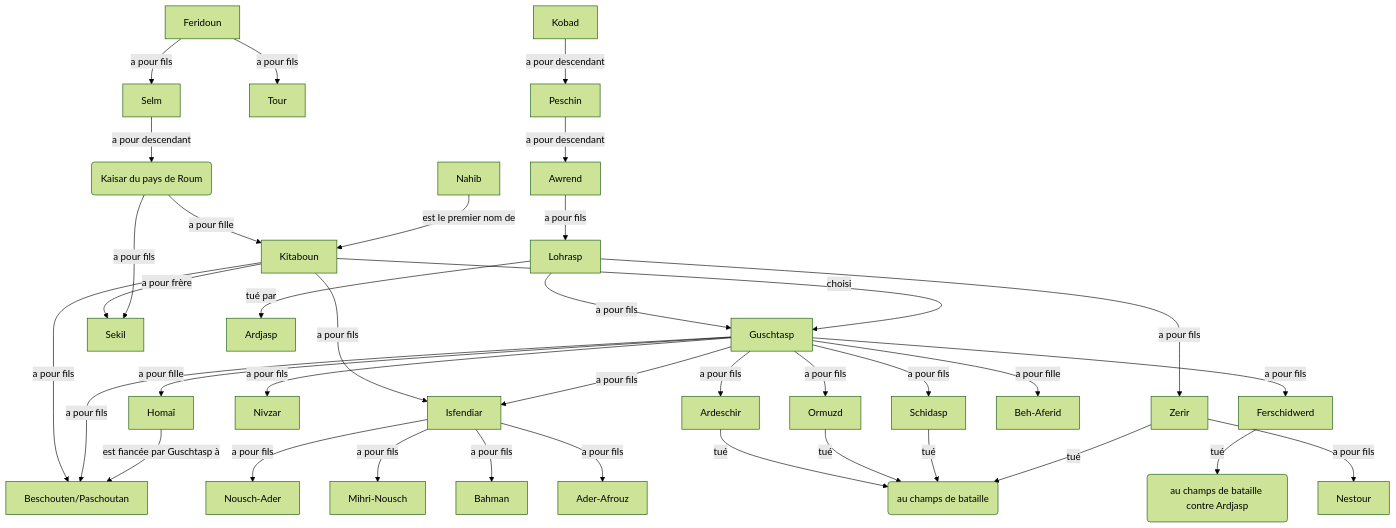
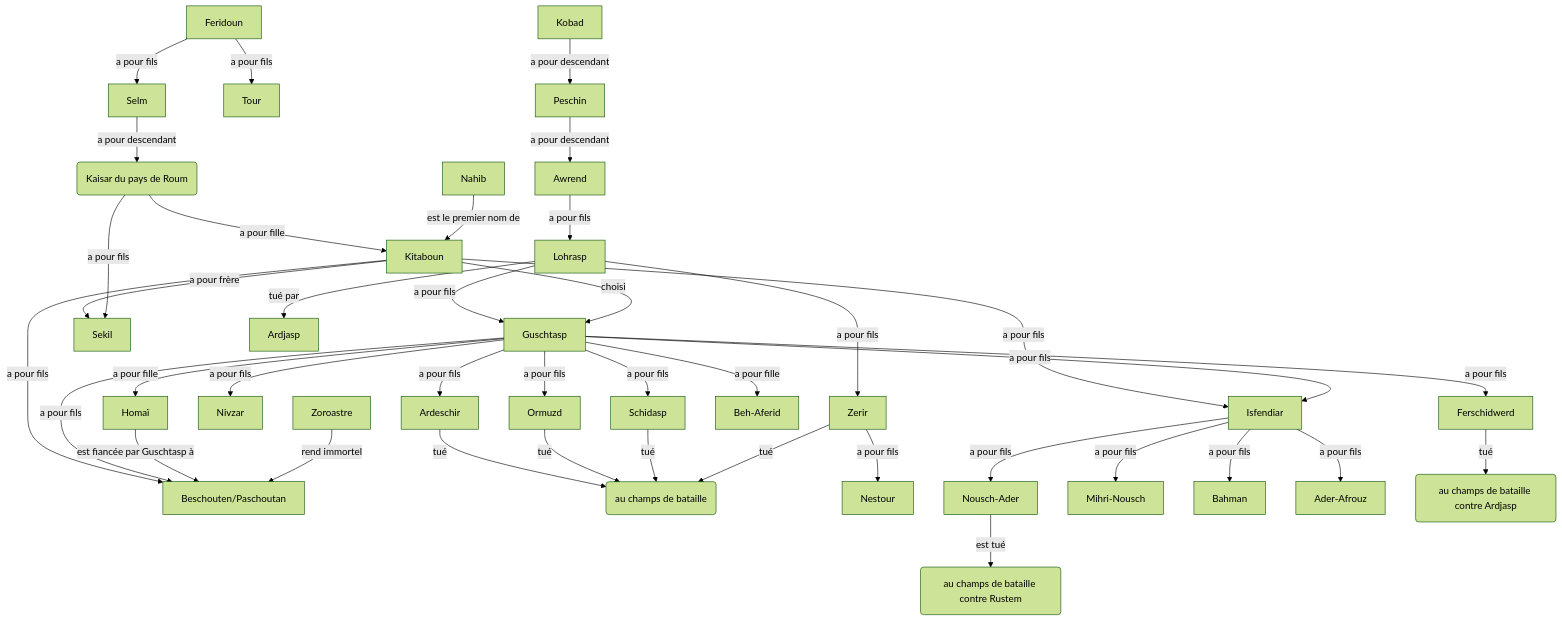
The diagram in src/graphs/lohrasp/lohrasp.mmd (hdorgeval/le-livre-des-rois), drawn with Mermaid (forest theme) before and after one commit. The commit also changed 1 other file, not shown here.

```diff
--- a/src/graphs/lohrasp/lohrasp.mmd
+++ b/src/graphs/lohrasp/lohrasp.mmd
@@ -1,37 +1,39 @@
 graph TD
 Feridoun --a pour fils--> Selm
 Feridoun --a pour fils--> Tour
 Selm --a pour descendant--> K(Kaisar du pays de Roum)
 Kobad --a pour descendant--> Peschin
 Peschin --a pour descendant--> Awrend
 Awrend --a pour fils--> Lohrasp
 Lohrasp --a pour fils--> Guschtasp
 Kitaboun --choisi--> Guschtasp
 Lohrasp --a pour fils--> Zerir
 K(Kaisar du pays de Roum) --a pour fille --> Kitaboun
 Nahib --est le premier nom de --> Kitaboun
 Kitaboun --a pour frère--> Sekil
 K(Kaisar du pays de Roum) --a pour fils--> Sekil 
 Kitaboun --a pour fils--> Beschouten/Paschoutan
 Kitaboun --a pour fils--> Isfendiar
 Guschtasp --a pour fils--> Beschouten/Paschoutan
 Guschtasp --a pour fils--> Isfendiar
 Guschtasp --a pour fils--> Schidasp
 Guschtasp --a pour fils--> Nivzar
 Guschtasp --a pour fils--> Ardeschir
 Guschtasp --a pour fils--> Ormuzd
 Guschtasp --a pour fils--> Ferschidwerd
 Guschtasp --a pour fille--> Homaï
 Guschtasp --a pour fille--> Beh-Aferid
 Ardeschir --tué --> B(au champs de bataille)
 Ormuzd --tué --> B(au champs de bataille)
 Schidasp --tué --> B(au champs de bataille)
 Zerir --a pour fils--> Nestour
 Zerir --tué --> B(au champs de bataille)
 Isfendiar --a pour fils--> Nousch-Ader
 Isfendiar --a pour fils--> Mihri-Nousch
 Isfendiar --a pour fils--> Bahman
 Isfendiar --a pour fils--> Ader-Afrouz
 Homaï --est fiancée par Guschtasp à--> Beschouten/Paschoutan
+Zoroastre --rend immortel--> Beschouten/Paschoutan
 Lohrasp --tué par --> Ardjasp
 Ferschidwerd --tué --> C(au champs de bataille contre Ardjasp)
+Nousch-Ader --est tué --> D(au champs de bataille contre Rustem)
```
